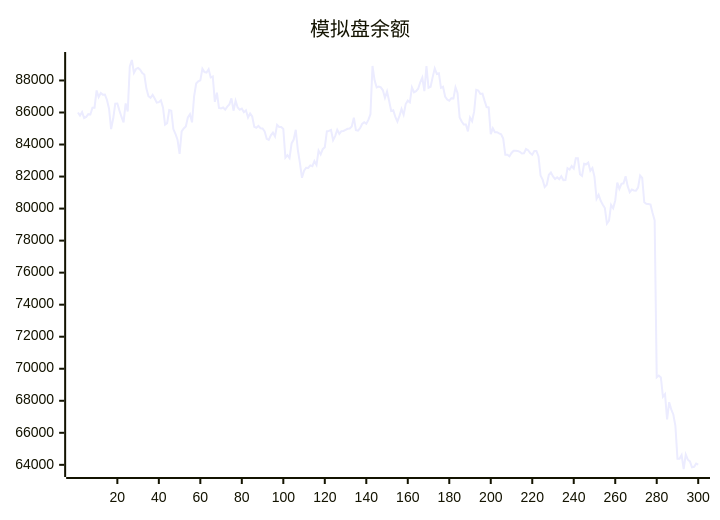
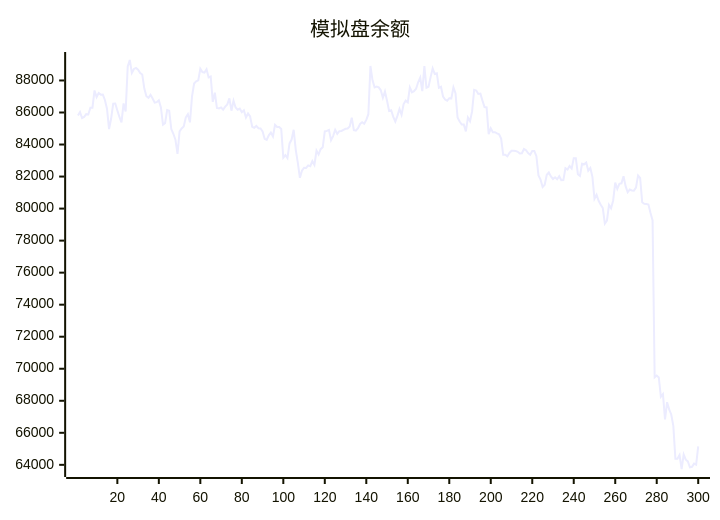
One commit to aahl/ai-trading changed the diagram in README.md. Above: the diagram before and after it, drawn with Mermaid. The commit also changed other lines of this file and 1 other file, not shown here.

````diff
--- a/README.md
+++ b/README.md
@@ -5,5 +5,5 @@
 ```mermaid
 xychart
     title "模拟盘余额"
-    line [86003,85811,86028,85657,85721,85896,85880,86300,86299,87378,86965,87214,87115,87118,86780,86238,84966,85623,86555,86562,86129,85722,85387,86569,86070,88870,89278,88477,88720,88781,88668,88467,88372,87493,87018,86917,87102,86870,86613,86644,86758,86317,85242,85334,86149,86106,84968,84671,84302,83410,84816,85001,85127,85693,85891,85384,87001,87811,87945,88007,88734,88528,88495,88705,88189,88248,86662,87234,86279,86251,86314,86177,86364,86503,86886,86114,86731,86310,86176,86240,86017,86136,85685,85938,85749,85111,85044,85164,85016,85008,84824,84354,84287,84572,84745,84500,85234,85096,85095,84970,83180,83338,83157,84070,84309,84922,83667,82850,81924,82369,82552,82539,82695,82648,82962,82728,83619,83378,83710,83825,84819,84854,84917,84265,84527,84919,84668,84834,84850,84916,84981,85004,85131,85674,84891,84864,85019,85284,85393,85294,85538,85894,88904,88012,87567,87625,87568,87386,86920,87313,86737,86094,86143,85725,85437,85787,86219,85859,86526,86740,86630,87563,87264,87335,87483,87886,88180,87335,88894,87544,87608,88207,88755,88401,88444,87543,87608,87000,86810,86740,86894,86884,87576,87209,85686,85435,85251,85255,84820,85689,85453,86066,87420,87373,87161,87178,86740,86341,86315,84643,85012,84772,84768,84690,84635,84376,83360,83357,83259,83474,83608,83606,83602,83548,83440,83454,83724,83644,83464,83365,83590,83592,83275,82072,81806,81344,81492,82109,82254,82006,81848,81955,81829,82022,81769,81776,82522,82441,82656,82498,83144,83144,82150,82038,82797,82763,82872,82367,82536,81981,80612,80862,80484,80242,80034,79063,79245,80226,80016,80507,81625,81233,81544,81578,82016,81401,81019,81186,81130,81118,81306,82066,81909,80392,80304,80291,80258,79729,79261,69466,69579,69456,68251,68415,66832,67911,67462,67144,66432,64380,64375,64606,63740,64647,64324,64216,63842,63877,64078,64008]
+    line [85811,86028,85657,85721,85896,85880,86300,86299,87378,86965,87214,87115,87118,86780,86238,84966,85623,86555,86562,86129,85722,85387,86569,86070,88870,89278,88477,88720,88781,88668,88467,88372,87493,87018,86917,87102,86870,86613,86644,86758,86317,85242,85334,86149,86106,84968,84671,84302,83410,84816,85001,85127,85693,85891,85384,87001,87811,87945,88007,88734,88528,88495,88705,88189,88248,86662,87234,86279,86251,86314,86177,86364,86503,86886,86114,86731,86310,86176,86240,86017,86136,85685,85938,85749,85111,85044,85164,85016,85008,84824,84354,84287,84572,84745,84500,85234,85096,85095,84970,83180,83338,83157,84070,84309,84922,83667,82850,81924,82369,82552,82539,82695,82648,82962,82728,83619,83378,83710,83825,84819,84854,84917,84265,84527,84919,84668,84834,84850,84916,84981,85004,85131,85674,84891,84864,85019,85284,85393,85294,85538,85894,88904,88012,87567,87625,87568,87386,86920,87313,86737,86094,86143,85725,85437,85787,86219,85859,86526,86740,86630,87563,87264,87335,87483,87886,88180,87335,88894,87544,87608,88207,88755,88401,88444,87543,87608,87000,86810,86740,86894,86884,87576,87209,85686,85435,85251,85255,84820,85689,85453,86066,87420,87373,87161,87178,86740,86341,86315,84643,85012,84772,84768,84690,84635,84376,83360,83357,83259,83474,83608,83606,83602,83548,83440,83454,83724,83644,83464,83365,83590,83592,83275,82072,81806,81344,81492,82109,82254,82006,81848,81955,81829,82022,81769,81776,82522,82441,82656,82498,83144,83144,82150,82038,82797,82763,82872,82367,82536,81981,80612,80862,80484,80242,80034,79063,79245,80226,80016,80507,81625,81233,81544,81578,82016,81401,81019,81186,81130,81118,81306,82066,81909,80392,80304,80291,80258,79729,79261,69466,69579,69456,68251,68415,66832,67911,67462,67144,66432,64380,64375,64606,63740,64647,64324,64216,63842,63877,64078,64008,65156]
 ```
````
